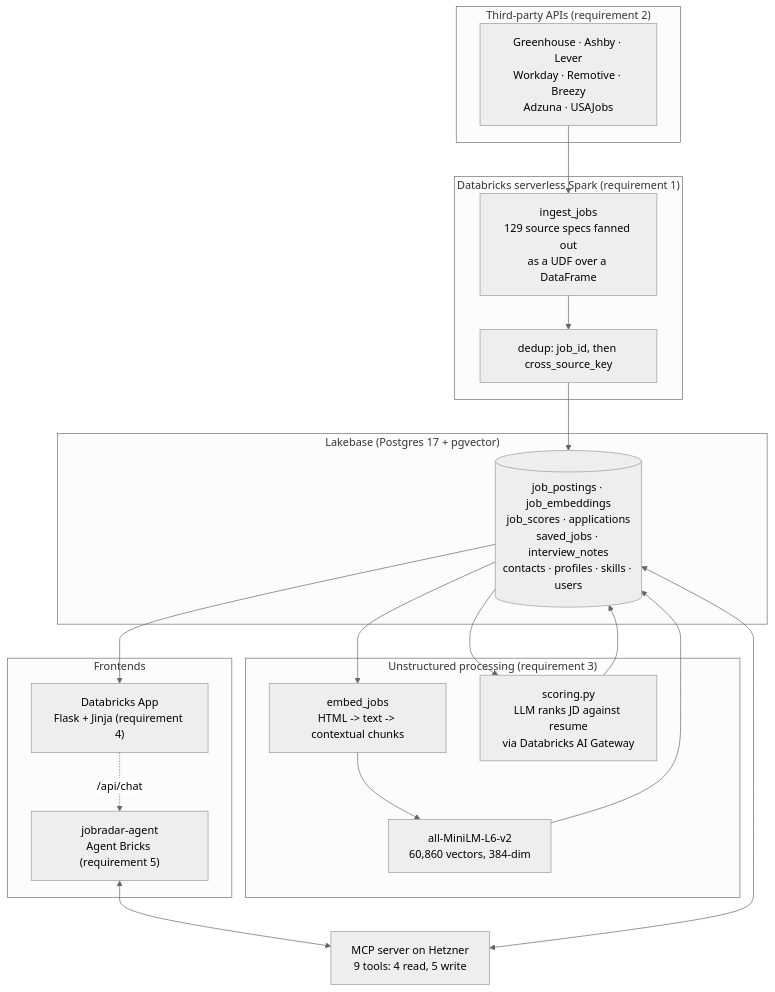
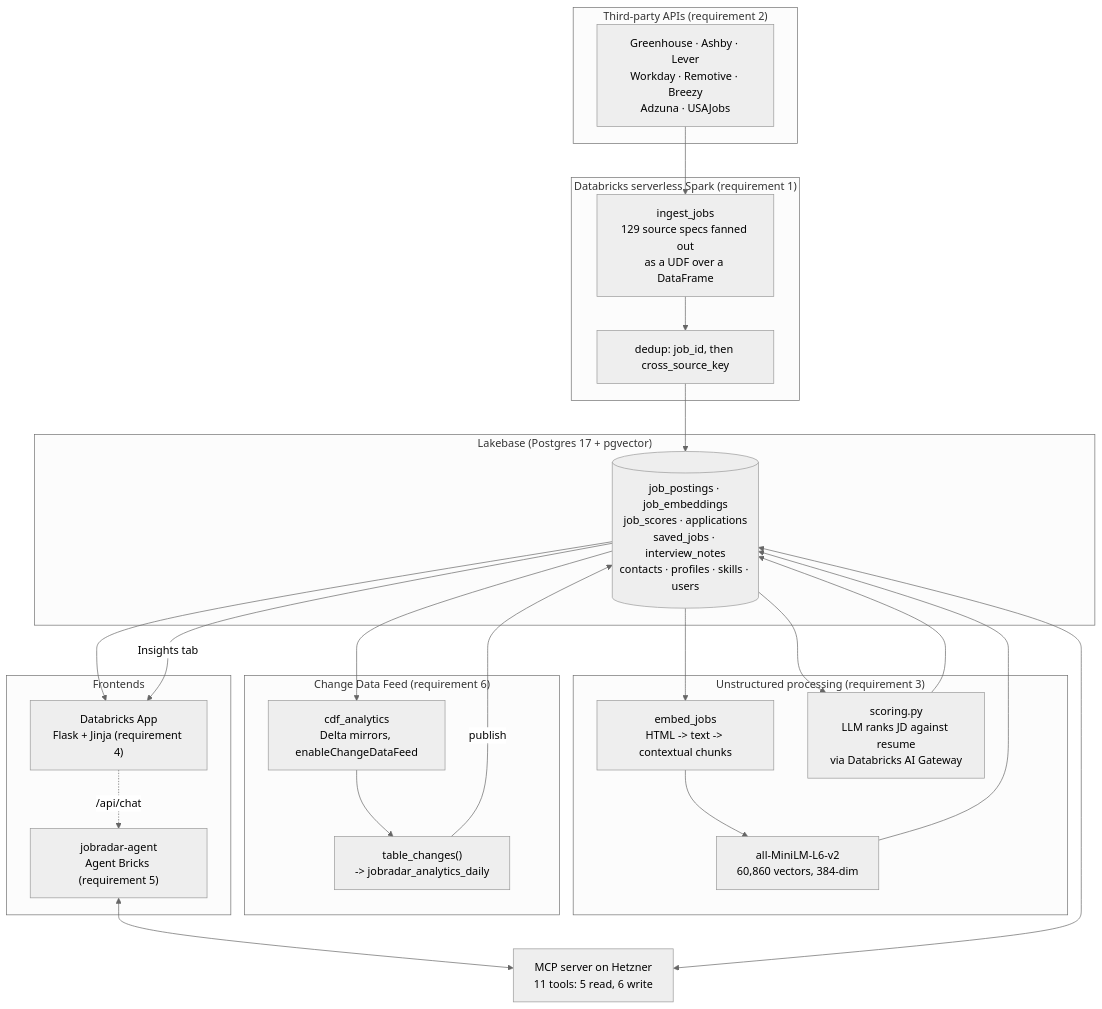
Before and after one commit to lubobali/JobRadar-AI: the diagram in README.md, drawn with Mermaid (neutral theme). The commit also changed other lines of this file and 3 other files, not shown here.

First line of the commit message:
Document requirement 6 in the diagram, and state what is not done

````diff
--- a/README.md
+++ b/README.md
@@ -54,35 +54,42 @@
 ```mermaid
 flowchart TB
     subgraph ext["Third-party APIs (requirement 2)"]
         A1["Greenhouse · Ashby · Lever<br/>Workday · Remotive · Breezy<br/>Adzuna · USAJobs"]
     end
 
     subgraph spark["Databricks serverless Spark (requirement 1)"]
         B1["ingest_jobs<br/>129 source specs fanned out<br/>as a UDF over a DataFrame"]
         B2["dedup: job_id, then cross_source_key"]
     end
 
     subgraph unstruct["Unstructured processing (requirement 3)"]
         C1["embed_jobs<br/>HTML -> text -> contextual chunks"]
         C2["all-MiniLM-L6-v2<br/>60,860 vectors, 384-dim"]
         C3["scoring.py<br/>LLM ranks JD against resume<br/>via Databricks AI Gateway"]
     end
 
     subgraph lb["Lakebase (Postgres 17 + pgvector)"]
         D1[("job_postings · job_embeddings<br/>job_scores · applications<br/>saved_jobs · interview_notes<br/>contacts · profiles · skills · users")]
     end
 
+    subgraph cdf["Change Data Feed (requirement 6)"]
+        F1["cdf_analytics<br/>Delta mirrors, enableChangeDataFeed"]
+        F2["table_changes()<br/>-> jobradar_analytics_daily"]
+    end
+
     subgraph front["Frontends"]
         E1["Databricks App<br/>Flask + Jinja (requirement 4)"]
         E2["jobradar-agent<br/>Agent Bricks (requirement 5)"]
     end
 
-    E3["MCP server on Hetzner<br/>9 tools: 4 read, 5 write"]
+    E3["MCP server on Hetzner<br/>11 tools: 5 read, 6 write"]
 
     A1 --> B1 --> B2 --> D1
     D1 --> C1 --> C2 --> D1
     D1 --> C3 --> D1
     D1 --> E1
     E2 <--> E3 <--> D1
     E1 -.->|/api/chat| E2
+    D1 --> F1 --> F2 -->|publish| D1
+    D1 -->|Insights tab| E1
 ```
````
